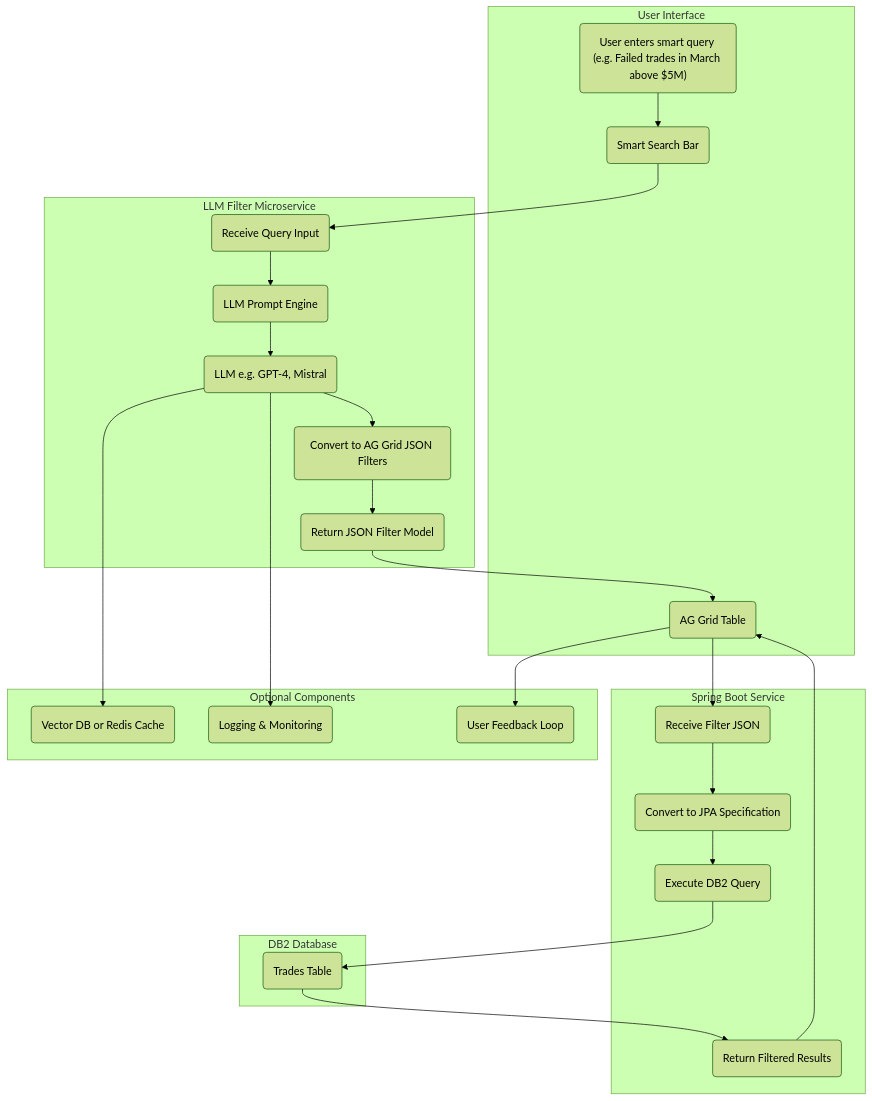
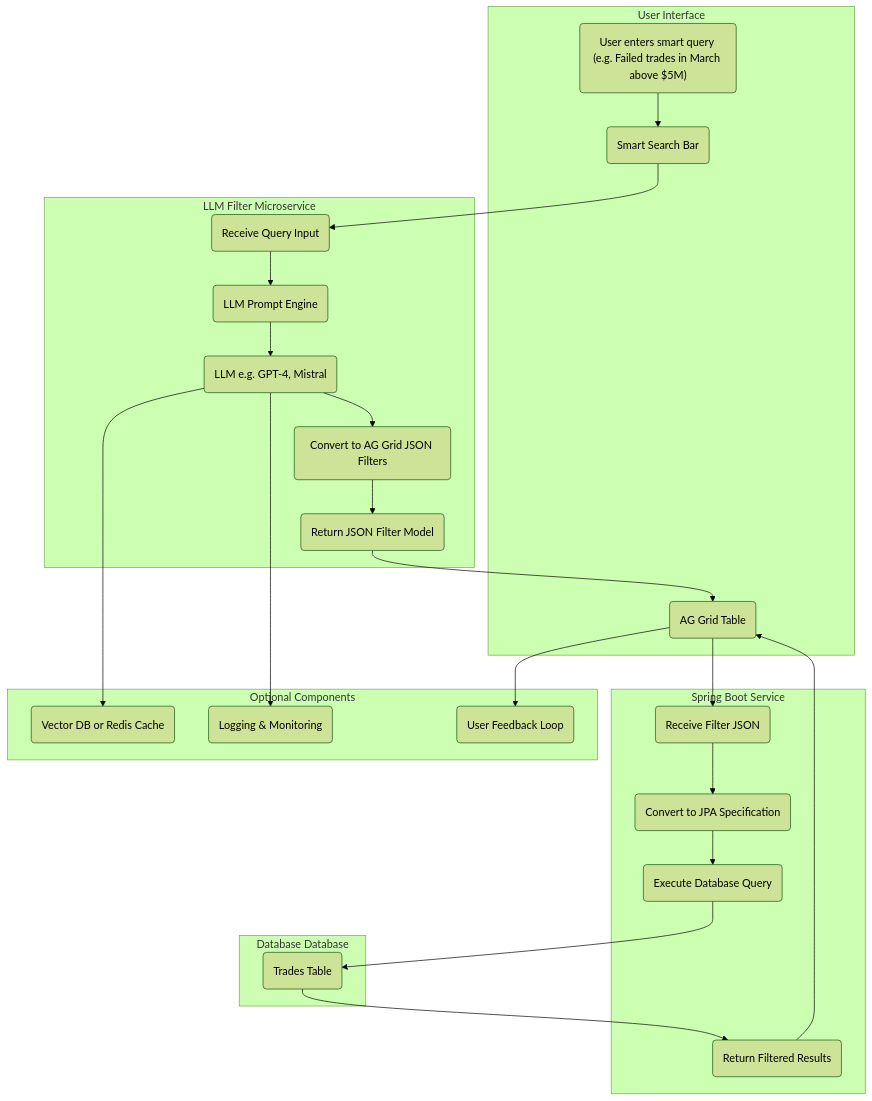
The diagram in README.md (satishsinghpbh/llm-filtering-microservice), drawn with Mermaid (forest theme) before and after one commit. The commit also changed other lines of this file, not shown here.

````diff
--- a/README.md
+++ b/README.md
@@ -111,48 +111,48 @@
 ```mermaid
 flowchart TD
     subgraph UI[User Interface]
         A1("User enters smart query (e.g. Failed trades in March above $5M)")
         A2(Smart Search Bar)
         A3(AG Grid Table)
     end
 
     subgraph LLM[LLM Filter Microservice]
         B1(Receive Query Input)
         B2(LLM Prompt Engine)
         B3(LLM e.g. GPT-4, Mistral)
         B4(Convert to AG Grid JSON Filters)
         B5(Return JSON Filter Model)
     end
 
     subgraph Backend[Spring Boot Service]
         C1(Receive Filter JSON)
         C2(Convert to JPA Specification)
-        C3(Execute DB2 Query)
+        C3(Execute Database Query)
         C4(Return Filtered Results)
     end
 
-    subgraph DB[DB2 Database]
+    subgraph DB[Database Database]
         D1(Trades Table)
     end
 
     %% Flow
     A1 --> A2 --> B1
     B1 --> B2 --> B3 --> B4 --> B5
     B5 --> A3
     A3 --> C1
     C1 --> C2 --> C3 --> D1
     D1 --> C4 --> A3
 
     %% Optional Enhancements
     subgraph OPT[Optional Components]
         E1(Vector DB or Redis Cache)
         E2(Logging & Monitoring)
         E3(User Feedback Loop)
     end
 
     B3 --> E1
     B3 --> E2
     A3 --> E3
 
 
 ```
````
